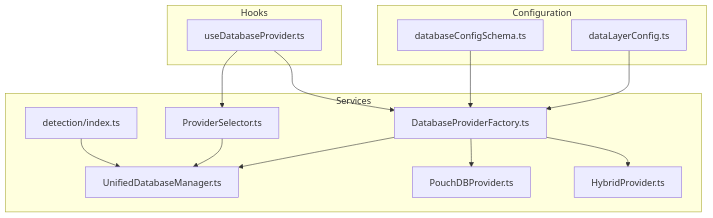
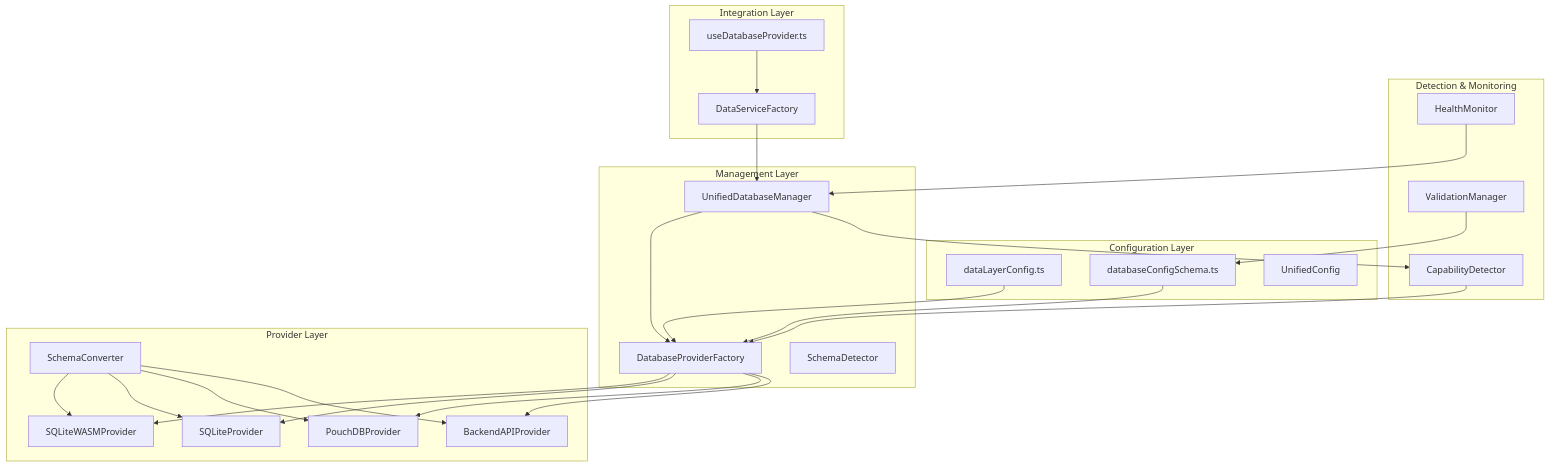
One commit to geniusdynamics/schoolpilot changed the first of 2 diagrams in .qoder/repowiki/en/content/Architecture Overview/Data Layer Architecture.md. Above: the diagram before and after it, drawn with Mermaid. The commit also changed other lines of this file and 16 other files, not shown here.

````diff
--- a/.qoder/repowiki/en/content/Architecture Overview/Data Layer Architecture.md
+++ b/.qoder/repowiki/en/content/Architecture Overview/Data Layer Architecture.md
@@ -42,27 +56,46 @@
 ```mermaid
 graph TB
-subgraph "Configuration"
+subgraph "Configuration Layer"
 DLC["dataLayerConfig.ts"]
 DCS["databaseConfigSchema.ts"]
+UC["UnifiedConfig"]
 end
-subgraph "Services"
-UDM["UnifiedDatabaseManager.ts"]
-PS["ProviderSelector.ts"]
-DPF["DatabaseProviderFactory.ts"]
-PDP["PouchDBProvider.ts"]
-HP["HybridProvider.ts"]
-DET["detection/index.ts"]
+subgraph "Management Layer"
+UDM["UnifiedDatabaseManager"]
+DPF["DatabaseProviderFactory"]
+SD["SchemaDetector"]
 end
-subgraph "Hooks"
+subgraph "Provider Layer"
+SWP["SQLiteWASMProvider"]
+SP["SQLiteProvider"]
+PDP["PouchDBProvider"]
+BAP["BackendAPIProvider"]
+SC["SchemaConverter"]
+end
+subgraph "Detection & Monitoring"
+CD["CapabilityDetector"]
+HM["HealthMonitor"]
+VM["ValidationManager"]
+end
+subgraph "Integration Layer"
 UDP["useDatabaseProvider.ts"]
+DSF["DataServiceFactory"]
 end
 DLC --> DPF
 DCS --> DPF
-DPF --> UDM
-PS --> UDM
+UDM --> DPF
+UDM --> CD
+DPF --> SWP
+DPF --> SP
 DPF --> PDP
-DPF --> HP
-DET --> UDM
-UDP --> PS
-UDP --> DPF
+DPF --> BAP
+SC --> SWP
+SC --> SP
+SC --> PDP
+SC --> BAP
+CD --> DPF
+HM --> UDM
+VM --> DCS
+UDP --> DSF
+DSF --> UDM
 ```
````
